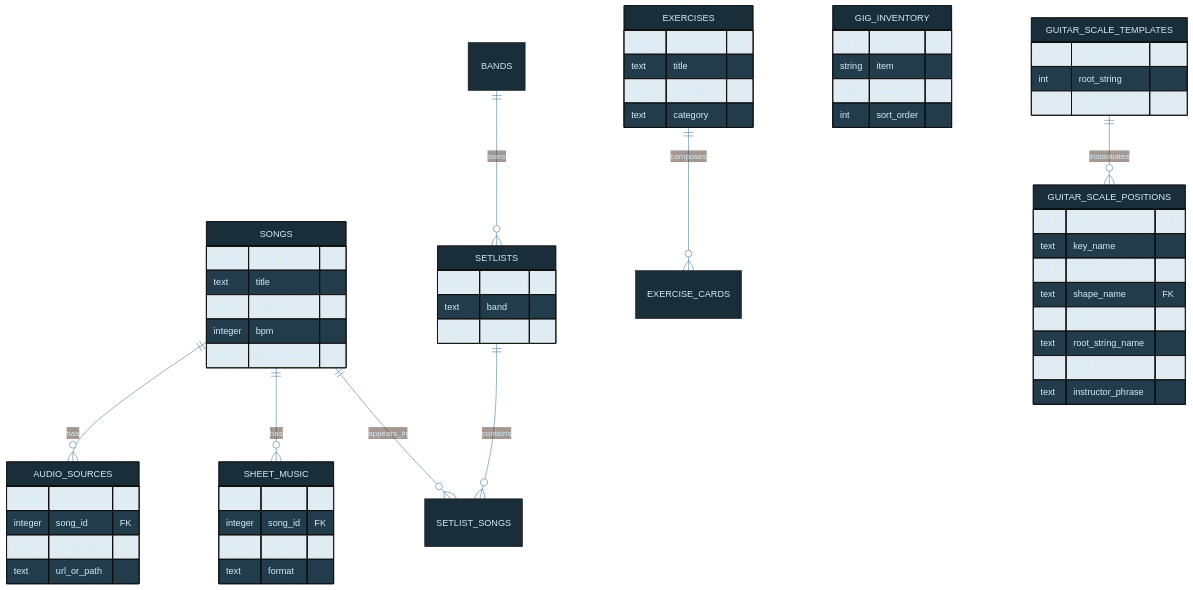
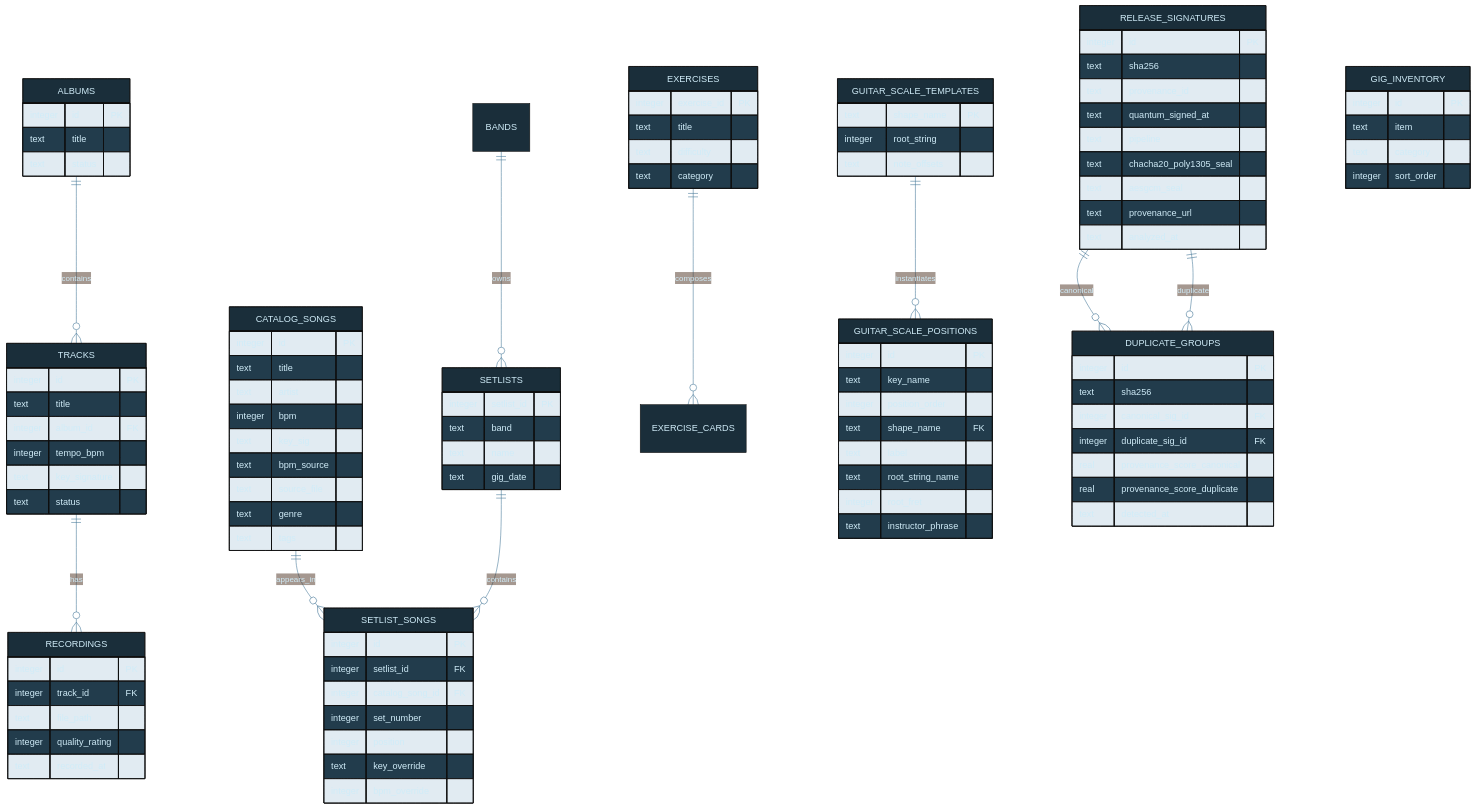
The diagram in diagrams/music-db-schema.mmd (tylerdrakemusic/-Workspace), drawn with Mermaid before and after one commit. The commit also changed 5 other files, not shown here.

```diff
--- a/diagrams/music-db-schema.mmd
+++ b/diagrams/music-db-schema.mmd
@@ -1,61 +1,105 @@
 %%{init: {'theme': 'base', 'themeVariables': {'primaryColor': '#1a2e3a', 'primaryTextColor': '#d0ecf8', 'edgeLabelBackground': '#0f1318', 'lineColor': '#4a7a9a'}}}%%
 erDiagram
-    SONGS ||--o{ SETLIST_SONGS : appears_in
+    TRACKS ||--o{ RECORDINGS : has
+    ALBUMS ||--o{ TRACKS : contains
+    CATALOG_SONGS ||--o{ SETLIST_SONGS : appears_in
     SETLISTS ||--o{ SETLIST_SONGS : contains
-    SONGS ||--o{ SHEET_MUSIC : has
-    SONGS ||--o{ AUDIO_SOURCES : has
     BANDS ||--o{ SETLISTS : owns
     EXERCISES ||--o{ EXERCISE_CARDS : composes
+    GUITAR_SCALE_TEMPLATES ||--o{ GUITAR_SCALE_POSITIONS : instantiates
+    RELEASE_SIGNATURES ||--o{ DUPLICATE_GROUPS : "canonical"
+    RELEASE_SIGNATURES ||--o{ DUPLICATE_GROUPS : "duplicate"
 
-    SONGS {
-        integer song_id PK
+    TRACKS {
+        integer id PK
+        text title
+        integer album_id FK
+        integer tempo_bpm
+        text key_signature
+        text status
+    }
+    RECORDINGS {
+        integer id PK
+        integer track_id FK
+        text file_path
+        integer quality_rating
+        text recorded_at
+    }
+    ALBUMS {
+        integer id PK
+        text title
+        text status
+    }
+    CATALOG_SONGS {
+        integer id PK
         text title
         text artist
         integer bpm
-        text key_signature
+        text key_sig
+        text bpm_source
+        text source_file
+        text genre
+        text tags
     }
     SETLISTS {
         integer setlist_id PK
         text band
         text name
+        text gig_date
     }
-    SHEET_MUSIC {
+    SETLIST_SONGS {
         integer id PK
-        integer song_id FK
-        text path
-        text format
-    }
-    AUDIO_SOURCES {
-        integer id PK
-        integer song_id FK
-        text source_type
-        text url_or_path
+        integer setlist_id FK
+        integer catalog_song_id FK
+        integer set_number
+        integer position
+        text key_override
+        integer bpm_override
     }
     EXERCISES {
         integer exercise_id PK
         text title
         text difficulty
         text category
     }
     GIG_INVENTORY {
-        int id PK
-        string item
-        string category
-        int sort_order
+        integer id PK
+        text item
+        text category
+        integer sort_order
     }
     GUITAR_SCALE_TEMPLATES {
         text shape_name PK
-        int root_string
+        integer root_string
         text note_offsets
     }
     GUITAR_SCALE_POSITIONS {
-        int id PK
+        integer id PK
         text key_name
-        int position_order
+        integer position_order
         text shape_name FK
         text label
         text root_string_name
-        int root_fret
+        integer root_fret
         text instructor_phrase
     }
-    GUITAR_SCALE_TEMPLATES ||--o{ GUITAR_SCALE_POSITIONS : instantiates
+    RELEASE_SIGNATURES {
+        integer id PK
+        text sha256
+        text provenance_id
+        text quantum_signed_at
+        text pipeline
+        text chacha20_poly1305_seal
+        text aesgcm_seal
+        text provenance_url
+        text analyzed_at
+    }
+    DUPLICATE_GROUPS {
+        integer id PK
+        text sha256
+        integer canonical_sig_id FK
+        integer duplicate_sig_id FK
+        real provenance_score_canonical
+        real provenance_score_duplicate
+        text detected_at
+    }
```
